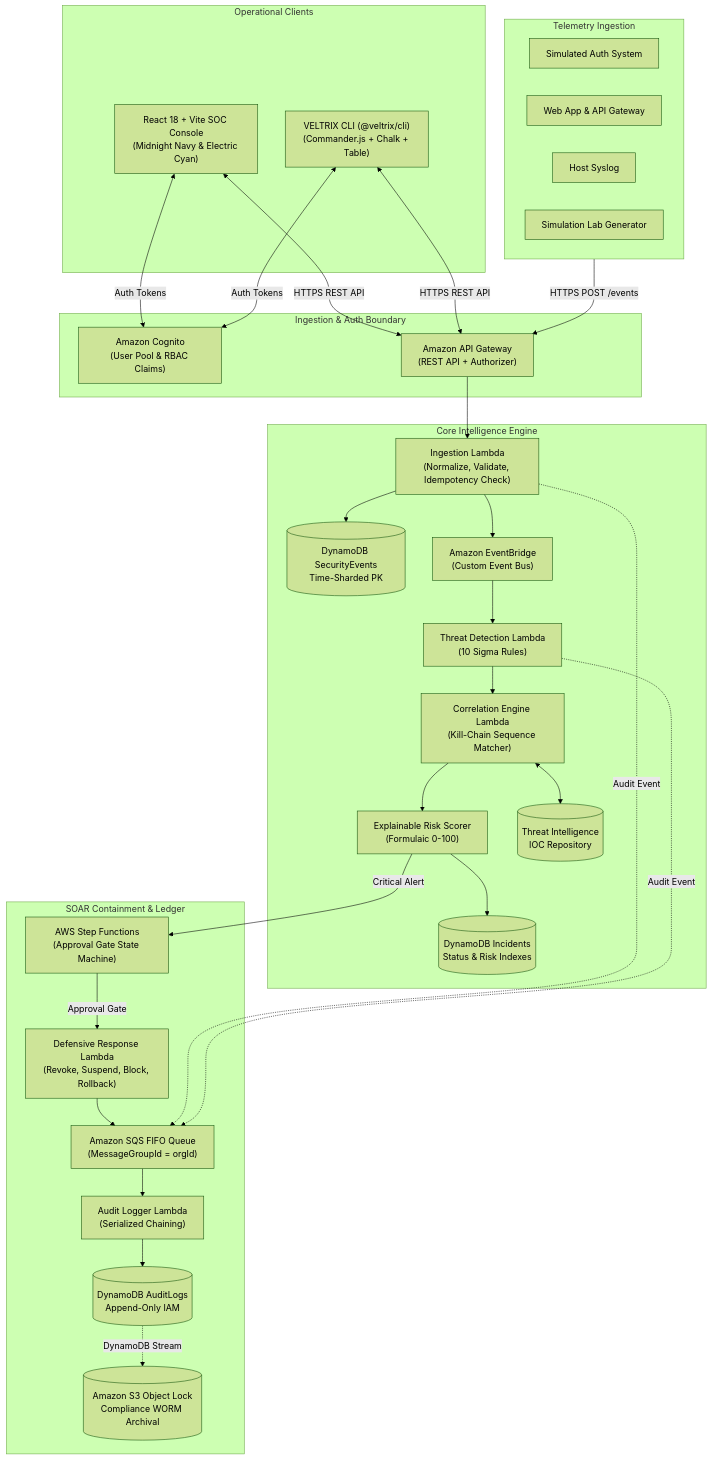
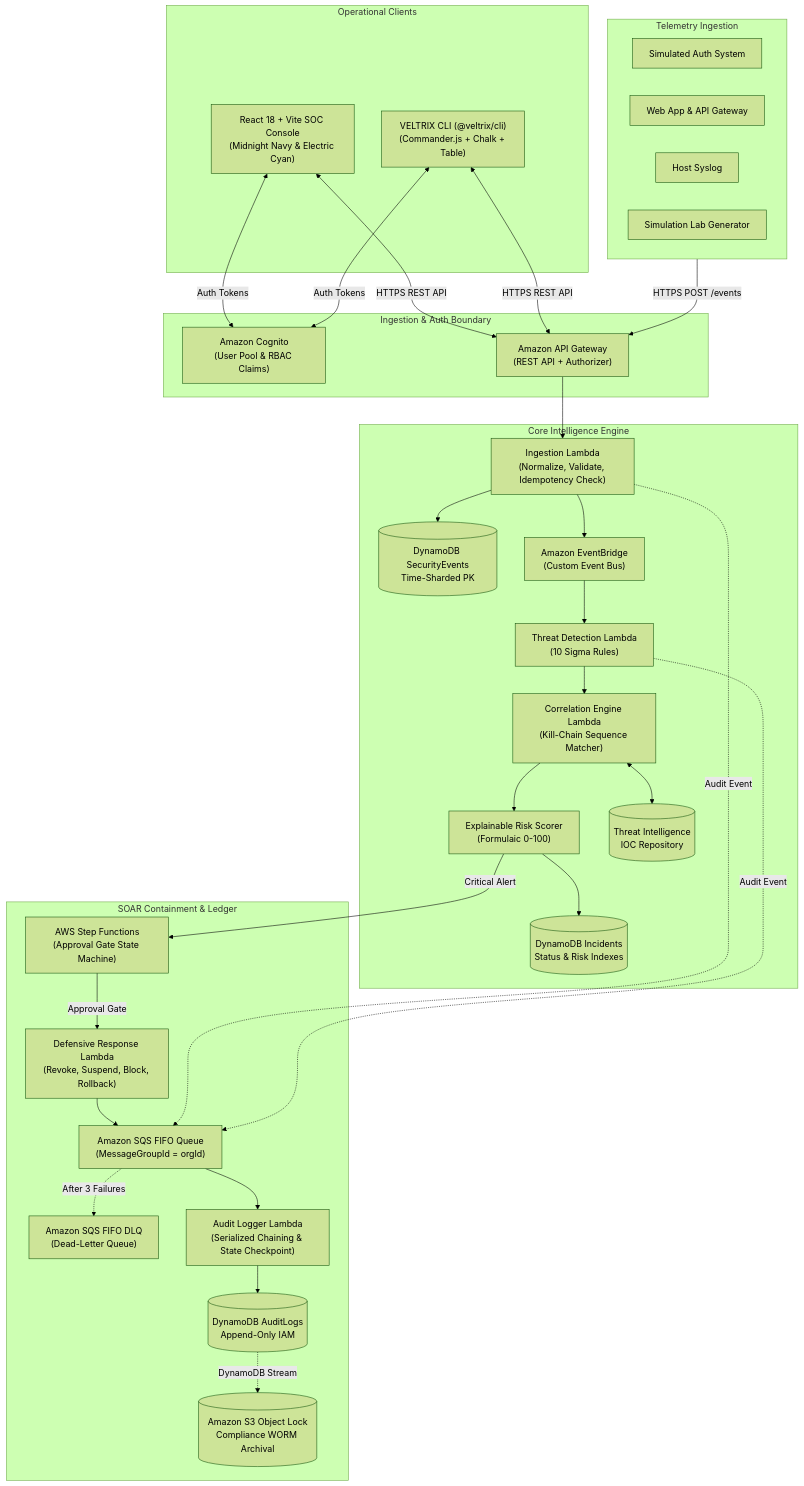
Before and after one commit to shaikhakib12/Veltrix: the diagram in specs/design.md, drawn with Mermaid (forest theme). The commit also changed other lines of this file and 2 other files, not shown here.

Commit message:
docs(specs): Phase 1 final technical verification report and hardened architecture

````diff
--- a/specs/design.md
+++ b/specs/design.md
@@ -14,62 +14,64 @@
 ```mermaid
 flowchart TD
     subgraph Clients["Operational Clients"]
         WEB["React 18 + Vite SOC Console<br/>(Midnight Navy & Electric Cyan)"]
         CLI["VELTRIX CLI (@veltrix/cli)<br/>(Commander.js + Chalk + Table)"]
     end
 
     subgraph Edge["Ingestion & Auth Boundary"]
         COG["Amazon Cognito<br/>(User Pool & RBAC Claims)"]
         APIGW["Amazon API Gateway<br/>(REST API + Authorizer)"]
     end
 
     subgraph TelemetrySources["Telemetry Ingestion"]
         S1["Simulated Auth System"]
         S2["Web App & API Gateway"]
         S3["Host Syslog"]
         S4["Simulation Lab Generator"]
     end
 
     subgraph ProcessingPipeline["Core Intelligence Engine"]
         L_INGEST["Ingestion Lambda<br/>(Normalize, Validate, Idempotency Check)"]
         DDB_EVENTS[("DynamoDB SecurityEvents<br/>Time-Sharded PK")]
         EB["Amazon EventBridge<br/>(Custom Event Bus)"]
         L_DETECT["Threat Detection Lambda<br/>(10 Sigma Rules)"]
         L_CORR["Correlation Engine Lambda<br/>(Kill-Chain Sequence Matcher)"]
         L_RISK["Explainable Risk Scorer<br/>(Formulaic 0-100)"]
         DDB_INCIDENTS[("DynamoDB Incidents<br/>Status & Risk Indexes")]
         TI_STORE[("Threat Intelligence<br/>IOC Repository")]
     end
 
     subgraph DefenseAndAudit["SOAR Containment & Ledger"]
         SFN["AWS Step Functions<br/>(Approval Gate State Machine)"]
         L_RESP["Defensive Response Lambda<br/>(Revoke, Suspend, Block, Rollback)"]
         SQS_FIFO["Amazon SQS FIFO Queue<br/>(MessageGroupId = orgId)"]
-        L_AUDIT["Audit Logger Lambda<br/>(Serialized Chaining)"]
+        SQS_DLQ["Amazon SQS FIFO DLQ<br/>(Dead-Letter Queue)"]
+        L_AUDIT["Audit Logger Lambda<br/>(Serialized Chaining & State Checkpoint)"]
         DDB_AUDIT[("DynamoDB AuditLogs<br/>Append-Only IAM")]
         S3_LOCK[("Amazon S3 Object Lock<br/>Compliance WORM Archival")]
     end
 
     TelemetrySources -->|HTTPS POST /events| APIGW
     WEB <-->|HTTPS REST API| APIGW
     CLI <-->|HTTPS REST API| APIGW
     WEB <-->|Auth Tokens| COG
     CLI <-->|Auth Tokens| COG
 
     APIGW --> L_INGEST
     L_INGEST --> DDB_EVENTS
     L_INGEST --> EB
     EB --> L_DETECT
     L_DETECT --> L_CORR
     L_CORR <--> TI_STORE
     L_CORR --> L_RISK
     L_RISK --> DDB_INCIDENTS
     L_RISK -->|Critical Alert| SFN
     SFN -->|Approval Gate| L_RESP
     L_RESP --> SQS_FIFO
     L_INGEST -.->|Audit Event| SQS_FIFO
     L_DETECT -.->|Audit Event| SQS_FIFO
     SQS_FIFO --> L_AUDIT
+    SQS_FIFO -.->|After 3 Failures| SQS_DLQ
     L_AUDIT --> DDB_AUDIT
     DDB_AUDIT -.->|DynamoDB Stream| S3_LOCK
 ```
````
